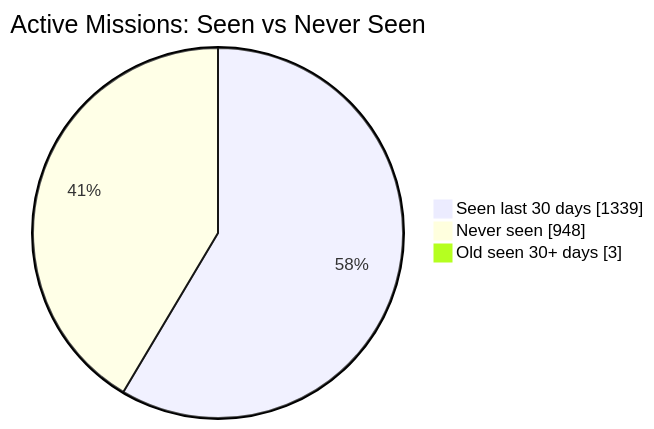
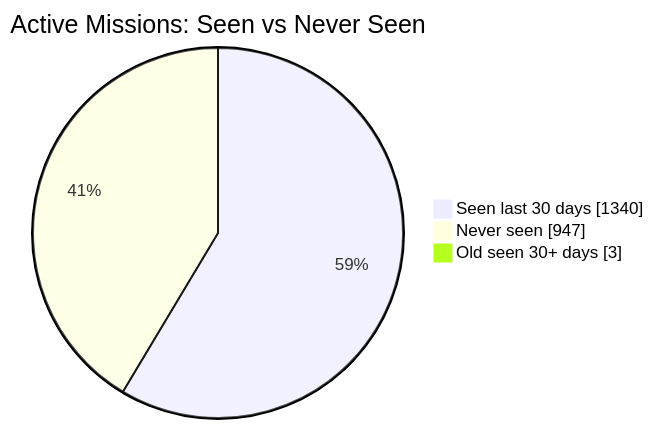
Before and after one commit to MeldkamerspelGameTeam/active-missions: the first of 2 diagrams in README.md, drawn with Mermaid. The commit also changed other lines of this file and 2 other files, not shown here.

````diff
--- a/README.md
+++ b/README.md
@@ -34,7 +34,7 @@
 ```mermaid
 pie showData
     title Active Missions: Seen vs Never Seen
-    "Seen last 30 days" : 1339
-    "Never seen" : 948
+    "Seen last 30 days" : 1340
+    "Never seen" : 947
     "Old seen 30+ days" : 3
 ```
````
